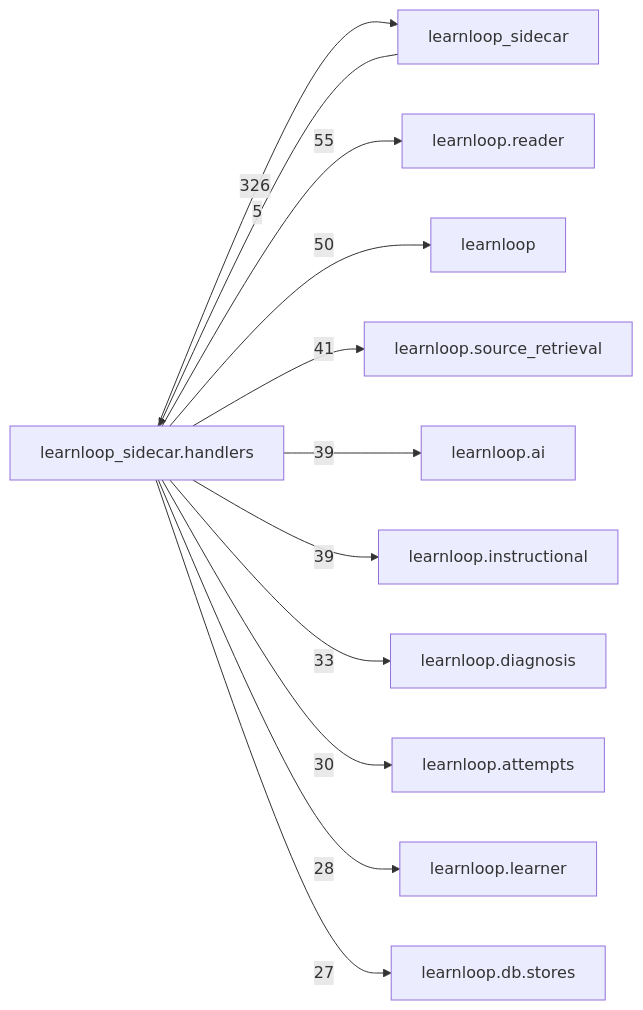
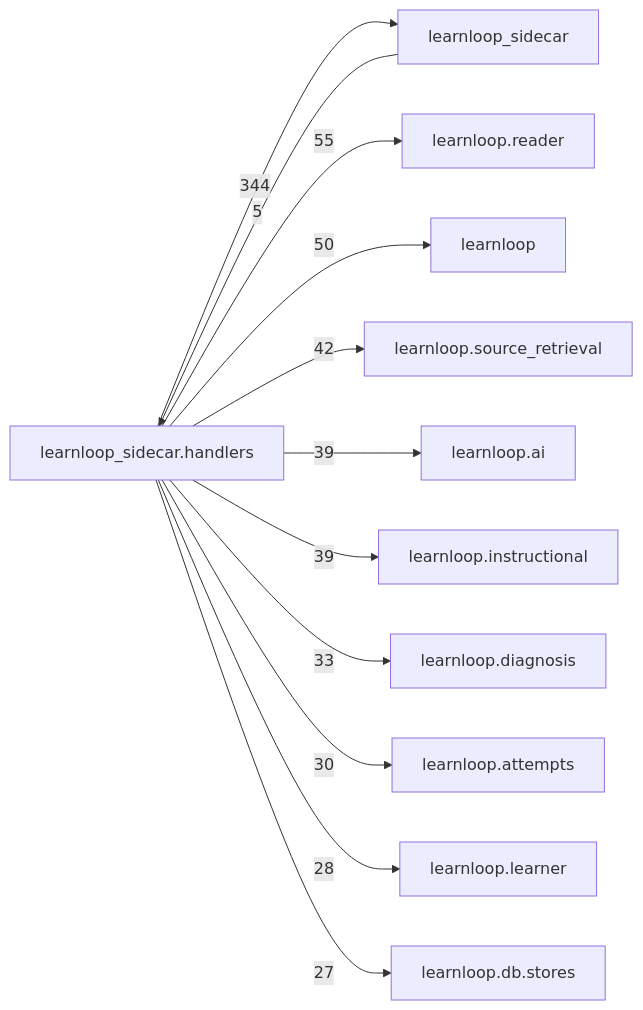
One commit to 6up-b/learnanything changed the diagram in docs/learnloop-architecture-vault/Reference/Modules/learnloop_sidecar/handlers/_package.md. Above: the diagram before and after it, drawn with Mermaid. The commit also changed other lines of this file and 122 other files, not shown here.

````diff
--- a/docs/learnloop-architecture-vault/Reference/Modules/learnloop_sidecar/handlers/_package.md
+++ b/docs/learnloop-architecture-vault/Reference/Modules/learnloop_sidecar/handlers/_package.md
@@ -260,25 +274,25 @@
 ```mermaid
 flowchart LR
     center["learnloop_sidecar.handlers"]
     n_learnloop_sidecar["learnloop_sidecar"]
     n_learnloop_reader["learnloop.reader"]
     n_learnloop["learnloop"]
     n_learnloop_source_retrieval["learnloop.source_retrieval"]
     n_learnloop_ai["learnloop.ai"]
     n_learnloop_instructional["learnloop.instructional"]
     n_learnloop_diagnosis["learnloop.diagnosis"]
     n_learnloop_attempts["learnloop.attempts"]
     n_learnloop_learner["learnloop.learner"]
     n_learnloop_db_stores["learnloop.db.stores"]
     n_learnloop_sidecar -->|5| center
-    center -->|326| n_learnloop_sidecar
+    center -->|344| n_learnloop_sidecar
     center -->|55| n_learnloop_reader
     center -->|50| n_learnloop
-    center -->|41| n_learnloop_source_retrieval
+    center -->|42| n_learnloop_source_retrieval
     center -->|39| n_learnloop_ai
     center -->|39| n_learnloop_instructional
     center -->|33| n_learnloop_diagnosis
     center -->|30| n_learnloop_attempts
     center -->|28| n_learnloop_learner
     center -->|27| n_learnloop_db_stores
 ```
````
